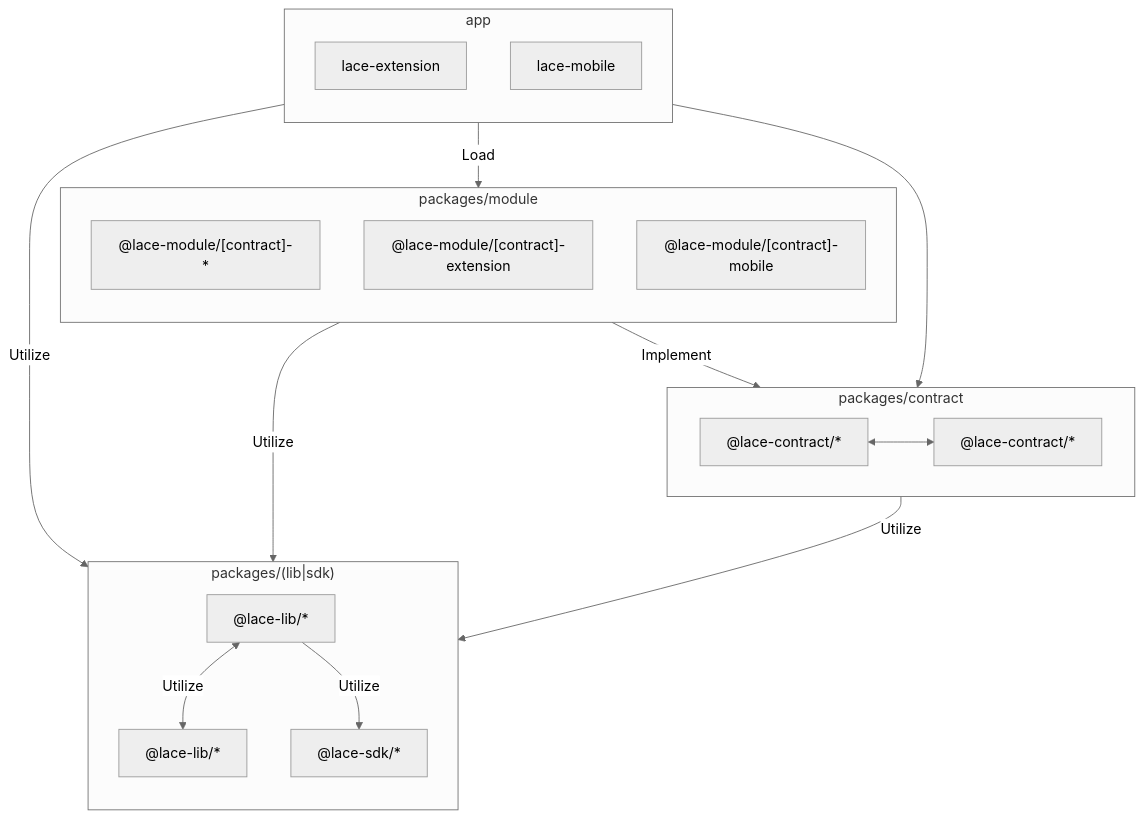
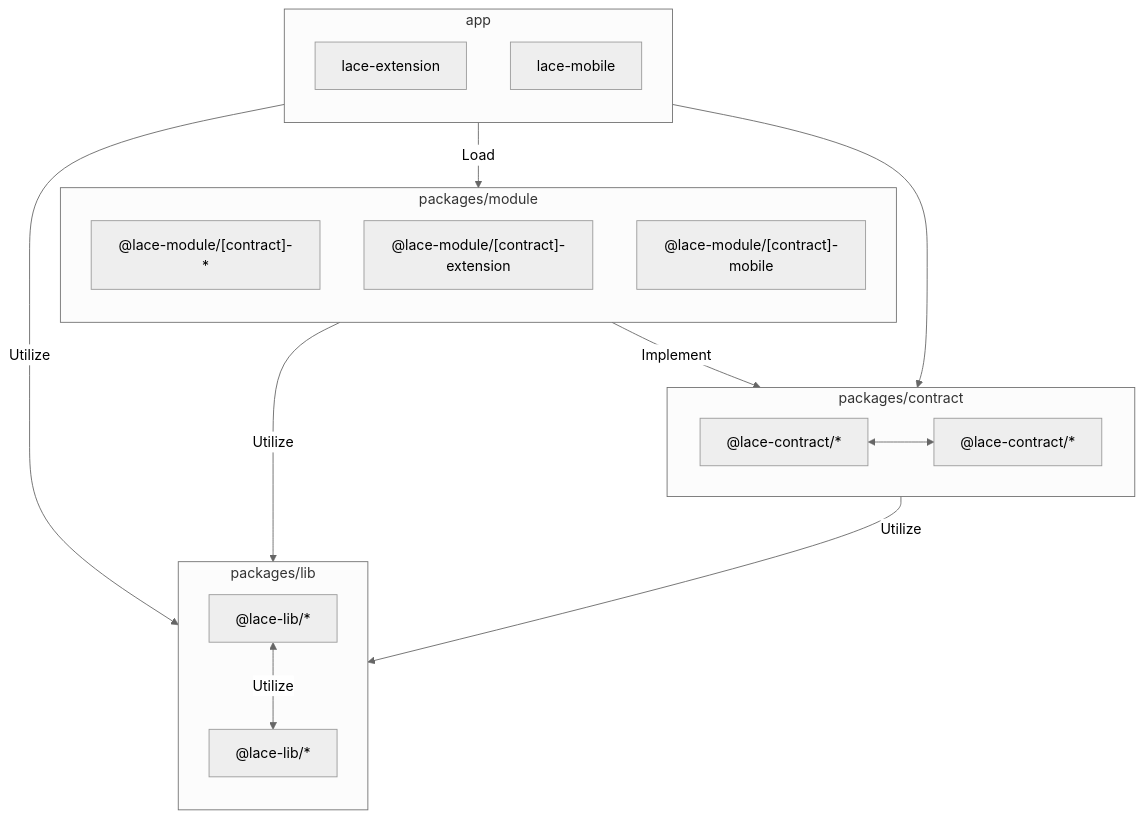
Before and after one commit to input-output-hk/lace: the diagram in docs/WORKSPACE.md, drawn with Mermaid (neutral theme). The commit also changed 1289 other files, not shown here.

````diff
--- a/docs/WORKSPACE.md
+++ b/docs/WORKSPACE.md
@@ -1,33 +1,31 @@
 ```mermaid
 flowchart TB
   subgraph app["app"]
     direction TB
     extension["lace-extension"]
     mobile["lace-mobile"]
   end
   subgraph module["packages/module"]
     direction TB
     contract-module["@lace-module/[contract]-*"]
     extension-module["@lace-module/[contract]-extension"]
     mobile-module["@lace-module/[contract]-mobile"]
   end
   subgraph contract["packages/contract"]
     contract-package["@lace-contract/*"]
     contract-package2["@lace-contract/*"]
   end
-  subgraph lib["packages/(lib|sdk)"]
+  subgraph lib["packages/lib"]
     direction TB
     lib-package2["@lace-lib/*"]
     lib-package["@lace-lib/*"]
-    lib-sdk["@lace-sdk/*"]
   end
   app -- Load --> module
   module -- Implement --> contract
   contract-package <--> contract-package2
   app --> contract
   app -- Utilize --> lib
   module -- Utilize --> lib
   contract -- Utilize --> lib
-  lib-package -- Utilize --> lib-sdk
   lib-package <-- Utilize --> lib-package2
 ```
````
